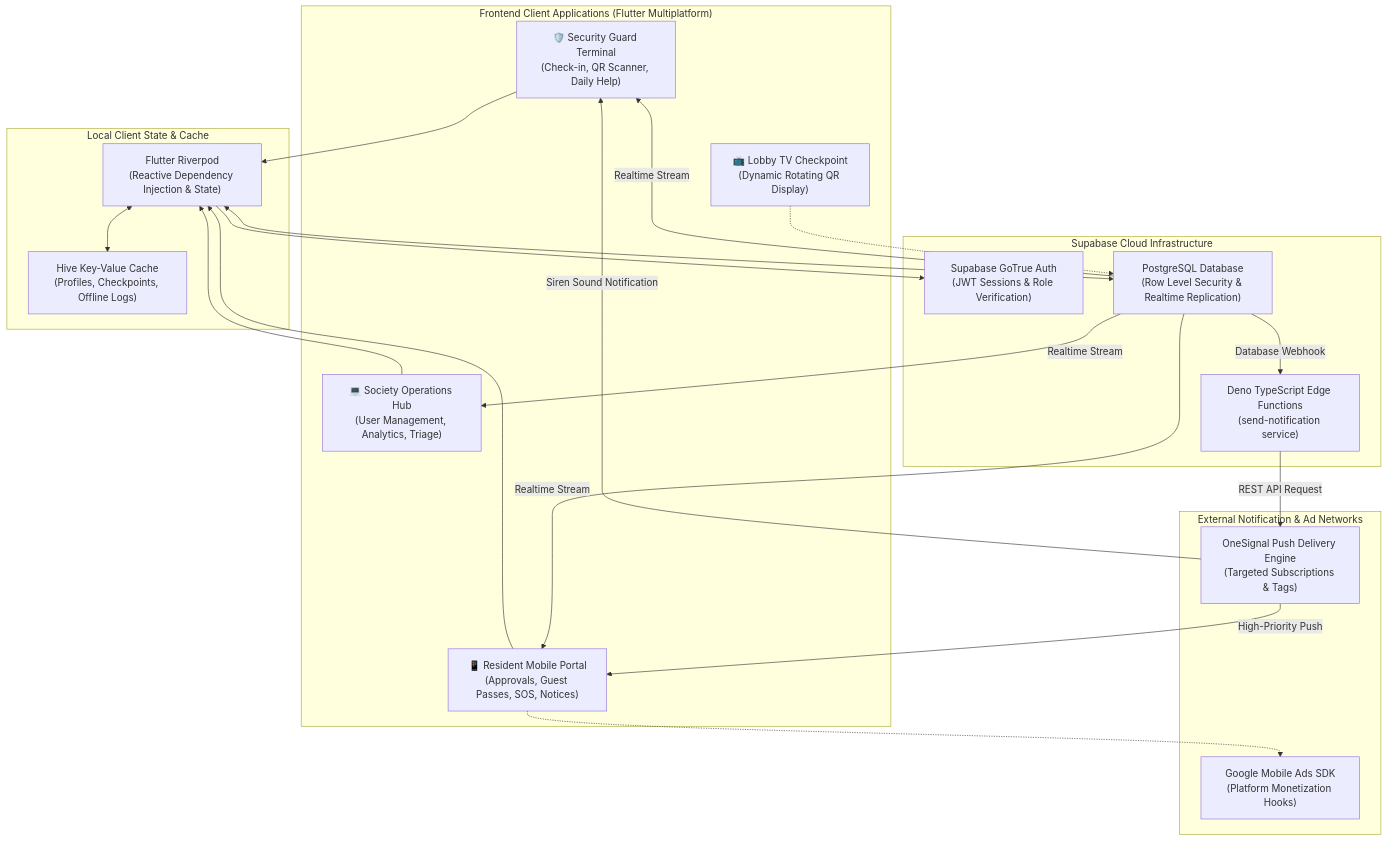
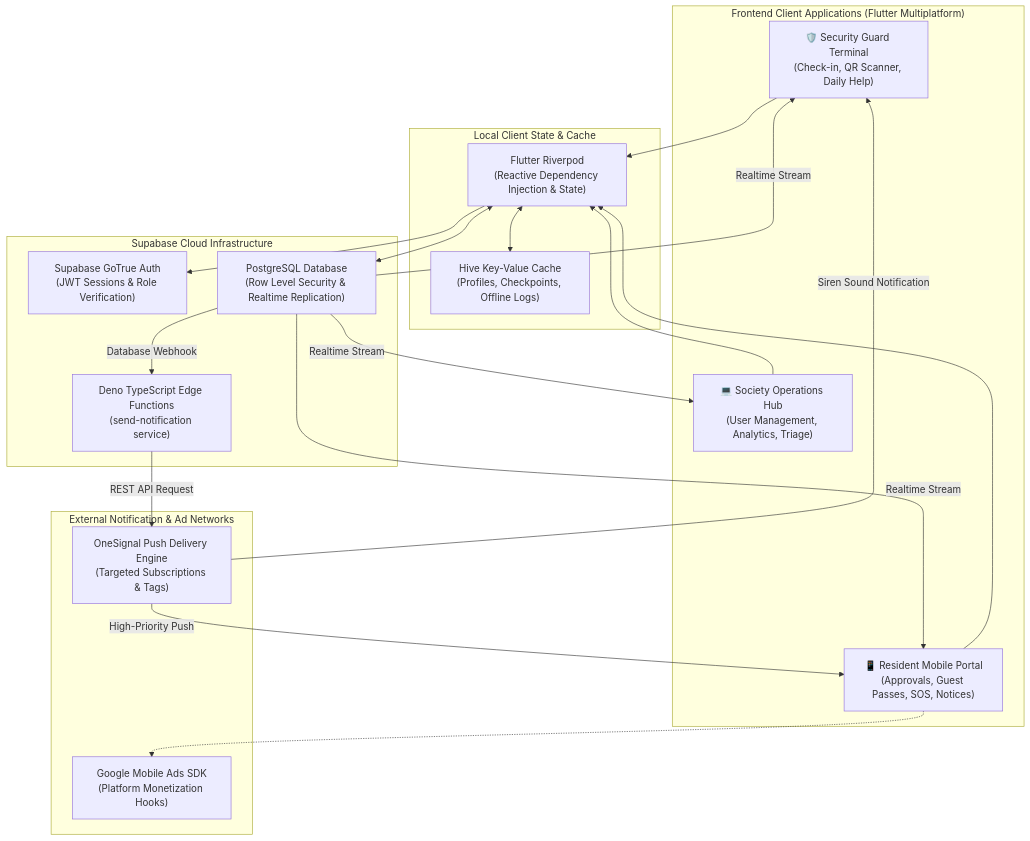
One commit to Coderaryanyadav/ApnaGate changed the first of 3 diagrams in README.md. Above: the diagram before and after it, drawn with Mermaid. The commit also changed other lines of this file and 16 other files, not shown here.

````diff
--- a/README.md
+++ b/README.md
@@ -66,45 +65,43 @@
 ```mermaid
 flowchart TD
     subgraph Clients["Frontend Client Applications (Flutter Multiplatform)"]
         Guard["🛡️ Security Guard Terminal\n(Check-in, QR Scanner, Daily Help)"]
         Resident["📱 Resident Mobile Portal\n(Approvals, Guest Passes, SOS, Notices)"]
         Admin["💻 Society Operations Hub\n(User Management, Analytics, Triage)"]
-        TVCheck["📺 Lobby TV Checkpoint\n(Dynamic Rotating QR Display)"]
     end
 
     subgraph StateAndStorage["Local Client State & Cache"]
         Riverpod["Flutter Riverpod\n(Reactive Dependency Injection & State)"]
         HiveDB["Hive Key-Value Cache\n(Profiles, Checkpoints, Offline Logs)"]
     end
 
     subgraph CloudBackend["Supabase Cloud Infrastructure"]
         SupaAuth["Supabase GoTrue Auth\n(JWT Sessions & Role Verification)"]
         Postgres["PostgreSQL Database\n(Row Level Security & Realtime Replication)"]
         EdgeFunc["Deno TypeScript Edge Functions\n(send-notification service)"]
     end
 
     subgraph ThirdParty["External Notification & Ad Networks"]
         OneSignal["OneSignal Push Delivery Engine\n(Targeted Subscriptions & Tags)"]
         AdMob["Google Mobile Ads SDK\n(Platform Monetization Hooks)"]
     end
 
     Guard --> Riverpod
     Resident --> Riverpod
     Admin --> Riverpod
-    TVCheck -.-> Postgres
 
     Riverpod <--> HiveDB
     Riverpod --> SupaAuth
     Riverpod <--> Postgres
 
     Postgres -->|Realtime Stream| Guard
     Postgres -->|Realtime Stream| Resident
     Postgres -->|Realtime Stream| Admin
 
     Postgres -->|Database Webhook| EdgeFunc
     EdgeFunc -->|REST API Request| OneSignal
     OneSignal -->|High-Priority Push| Resident
     OneSignal -->|Siren Sound Notification| Guard
 
     Resident -.-> AdMob
 ```
````
